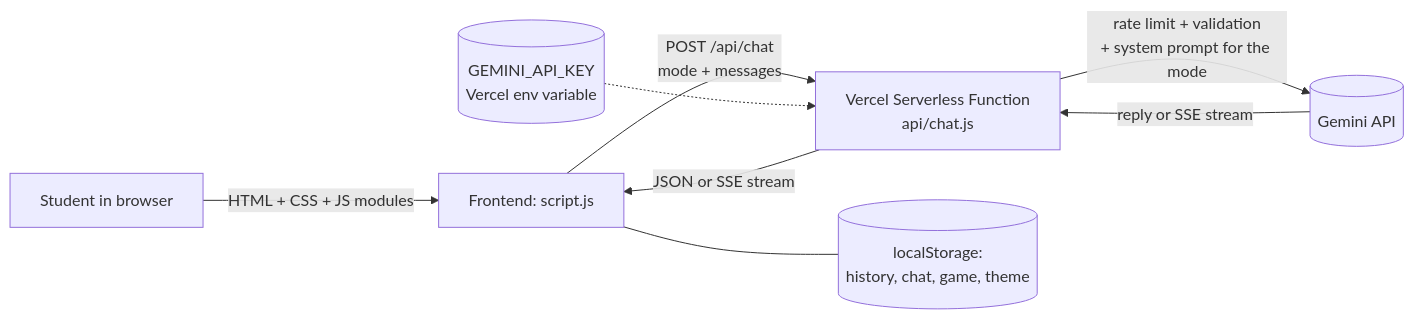
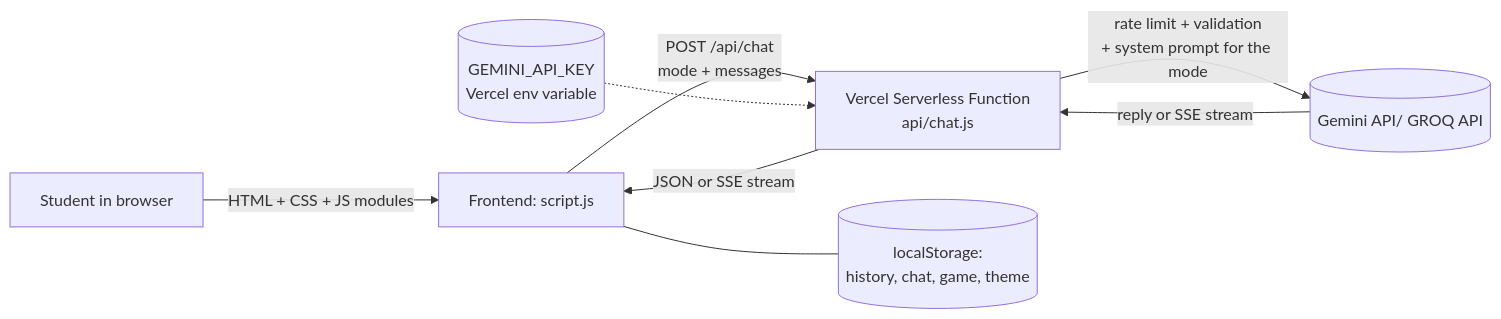
The diagram in README.md (SumitSingh06/promptforge), drawn with Mermaid before and after one commit.

````diff
--- a/README.md
+++ b/README.md
@@ -41,10 +41,10 @@
 ```mermaid
 flowchart LR
   U[Student in browser] -->|HTML + CSS + JS modules| F[Frontend: script.js]
   F -->|POST /api/chat<br/>mode + messages| A[Vercel Serverless Function<br/>api/chat.js]
-  A -->|rate limit + validation<br/>+ system prompt for the mode| G[(Gemini API)]
+  A -->|rate limit + validation<br/>+ system prompt for the mode| G[(Gemini API/ GROQ API)]
   G -->|reply or SSE stream| A
   A -->|JSON or SSE stream| F
   K[(GEMINI_API_KEY<br/>Vercel env variable)] -.-> A
   F --- L[(localStorage:<br/>history, chat, game, theme)]
 ```
````
